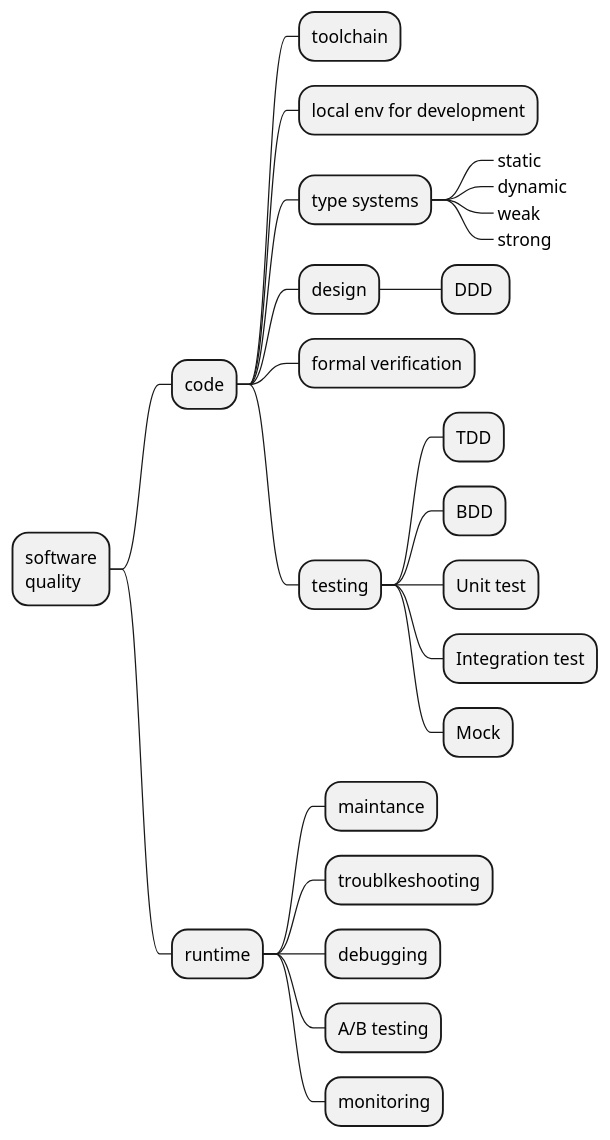
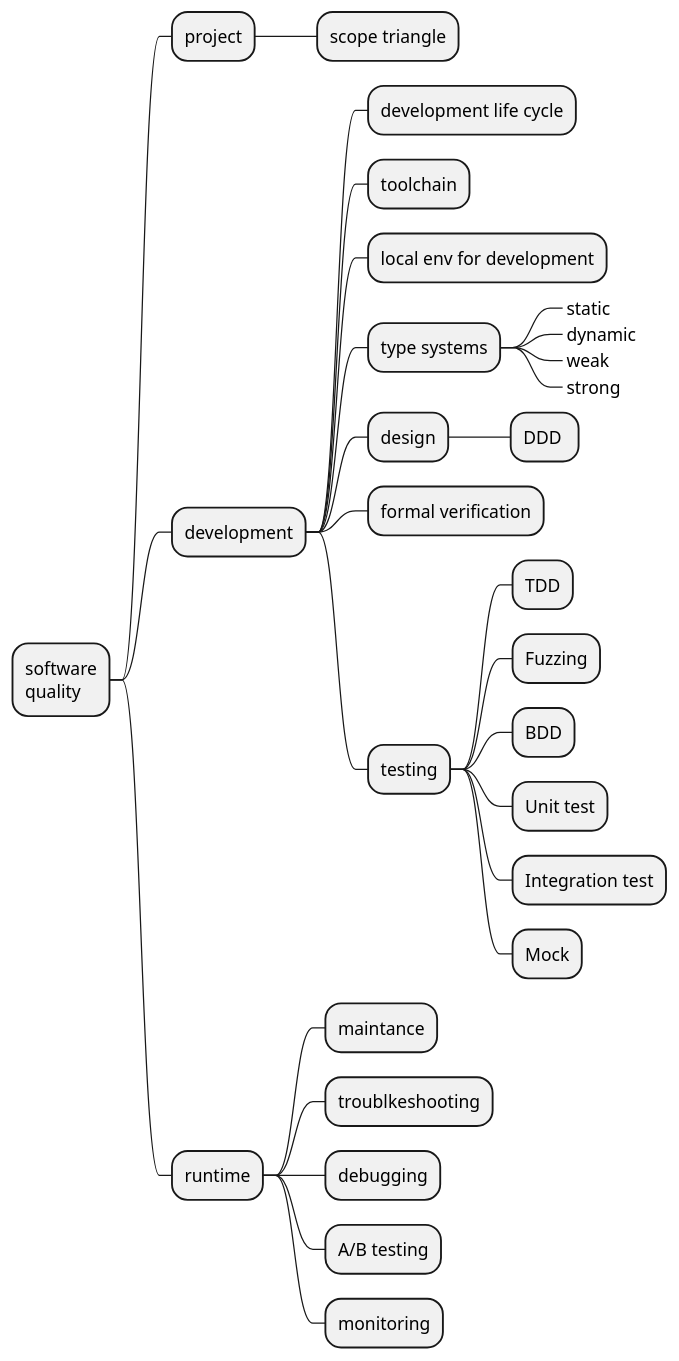
One commit to levplotkin/code-quality-roadmap changed the diagram in software-quality-roadmap.iuml. Above: the diagram before and after it, drawn with PlantUML.

```diff
--- a/software-quality-roadmap.iuml
+++ b/software-quality-roadmap.iuml
@@ -1,26 +1,30 @@
 @startmindmap
 * software\nquality
- * code
+ * project
+  * scope triangle
+ * development
+  * development life cycle
   * toolchain
   * local env for development
   * type systems
    *_ static
    *_ dynamic
    *_ weak
    *_ strong
   * design
    * DDD 
   * formal verification
   * testing
    * TDD
+   * Fuzzing
    * BDD
    * Unit test
    * Integration test
    * Mock
  * runtime
   * maintance
   * troublkeshooting
   * debugging
   * A/B testing
   * monitoring
 @endmindmap
```
